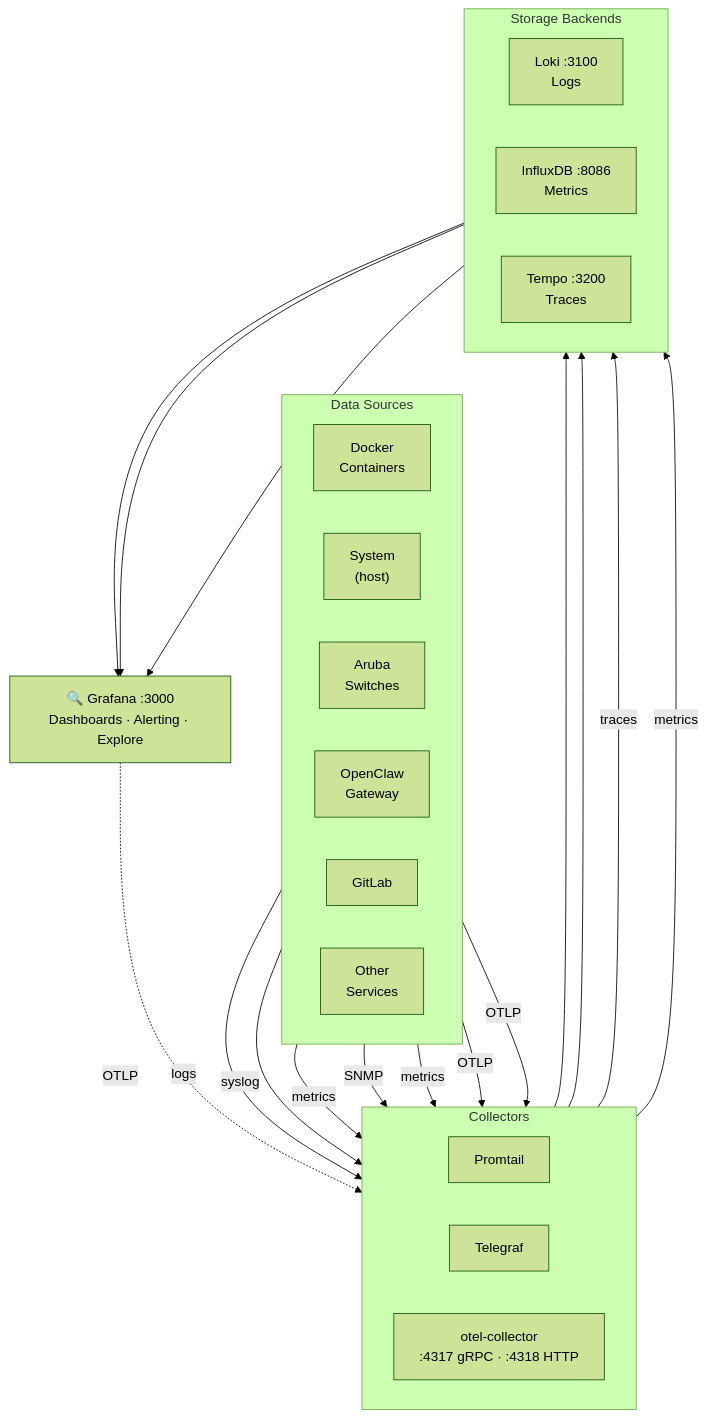
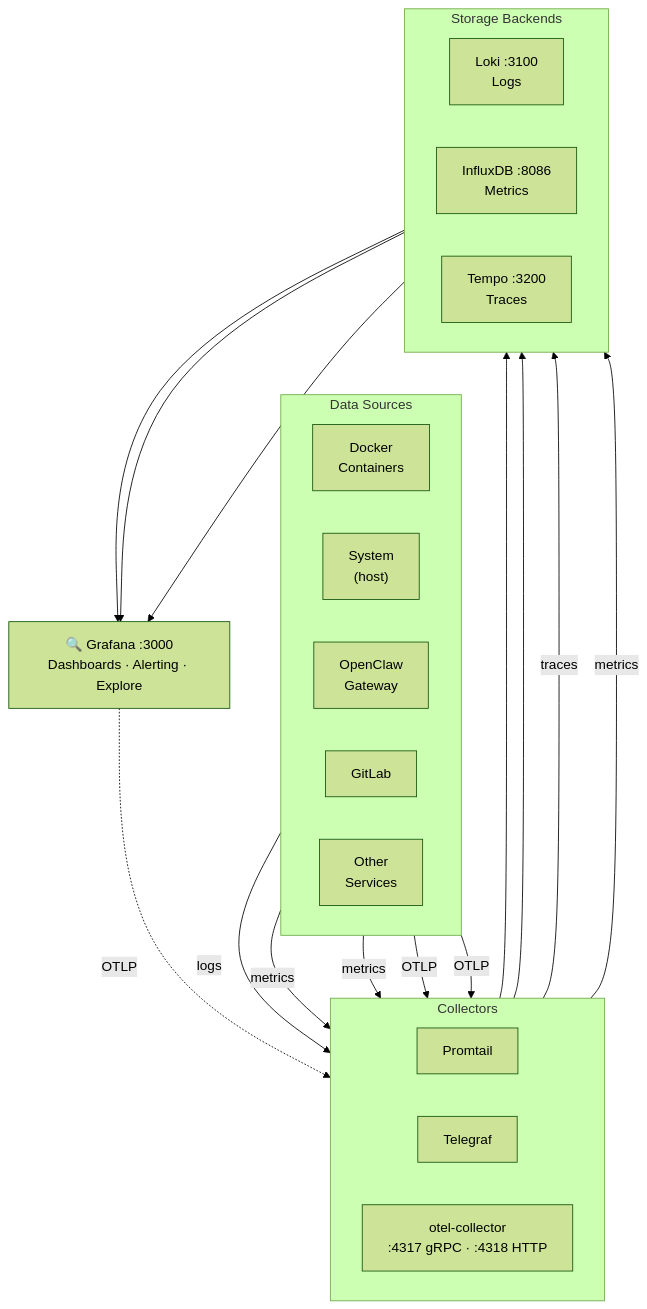
One commit to konturn/homelab changed the diagram in docs/OBSERVABILITY.md. Above: the diagram before and after it, drawn with Mermaid (forest theme). The commit also changed other lines of this file and 4 other files, not shown here.

````diff
--- a/docs/OBSERVABILITY.md
+++ b/docs/OBSERVABILITY.md
@@ -7,53 +7,50 @@
 ```mermaid
 graph TB
     subgraph sources [" Data Sources "]
         direction LR
         docker["Docker<br/>Containers"]
         system["System<br/>(host)"]
-        switches["Aruba<br/>Switches"]
         openclaw["OpenClaw<br/>Gateway"]
         gitlab["GitLab"]
         other["Other<br/>Services"]
     end
 
     subgraph collectors [" Collectors "]
         direction LR
         promtail["Promtail"]
         telegraf["Telegraf"]
         otel["otel-collector<br/>:4317 gRPC · :4318 HTTP"]
     end
 
     subgraph backends [" Storage Backends "]
         direction LR
         loki["Loki :3100<br/>Logs"]
         influx["InfluxDB :8086<br/>Metrics"]
         tempo["Tempo :3200<br/>Traces"]
     end
 
     grafana["🔍 Grafana :3000<br/>Dashboards · Alerting · Explore"]
 
     %% Log paths
     docker -- logs --> promtail
-    switches -- syslog --> promtail
 
     %% Metric paths
     system -- metrics --> telegraf
-    switches -- SNMP --> telegraf
     other -- metrics --> telegraf
 
     %% OTLP paths
     openclaw -- OTLP --> otel
     gitlab -- OTLP --> otel
     grafana -. OTLP .-> otel
 
     %% Collectors to backends
     promtail --> loki
     telegraf --> influx
     otel -- traces --> tempo
     otel -- metrics --> influx
 
     %% Backends to Grafana
     loki --> grafana
     influx --> grafana
     tempo --> grafana
 ```
````
